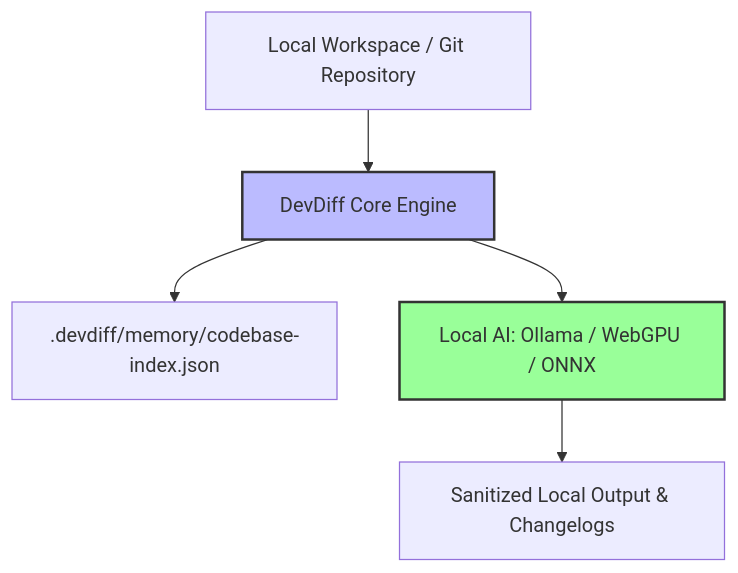
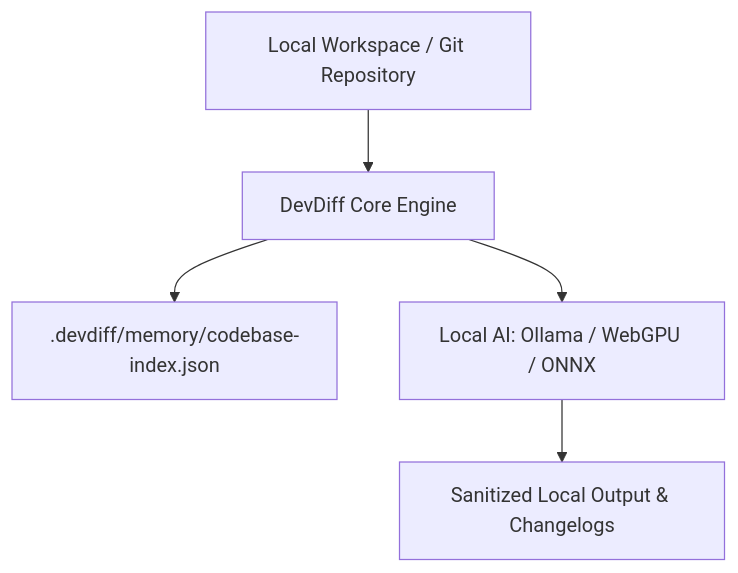
The diagram in docs/guide/offline-first.md (EldrexDelosReyesBula/DevDiff), drawn with Mermaid before and after one commit. The commit also changed other lines of this file and 187 other files, not shown here.

First line of the commit message:
release: v1.8.0 — multi-registry distribution, plugin architecture & documentation overhaul

````diff
--- a/docs/guide/offline-first.md
+++ b/docs/guide/offline-first.md
@@ -9,10 +9,7 @@
 ```mermaid
 flowchart TD
     LocalRepo[Local Workspace / Git Repository] --> Engine[DevDiff Core Engine]
     Engine --> MemoryIndex[.devdiff/memory/codebase-index.json]
     Engine --> LocalAI[Local AI: Ollama / WebGPU / ONNX]
     LocalAI --> Output[Sanitized Local Output & Changelogs]
-
-    style Engine fill:#bbf,stroke:#333,stroke-width:2px
-    style LocalAI fill:#9f9,stroke:#333,stroke-width:2px
 ```
````
